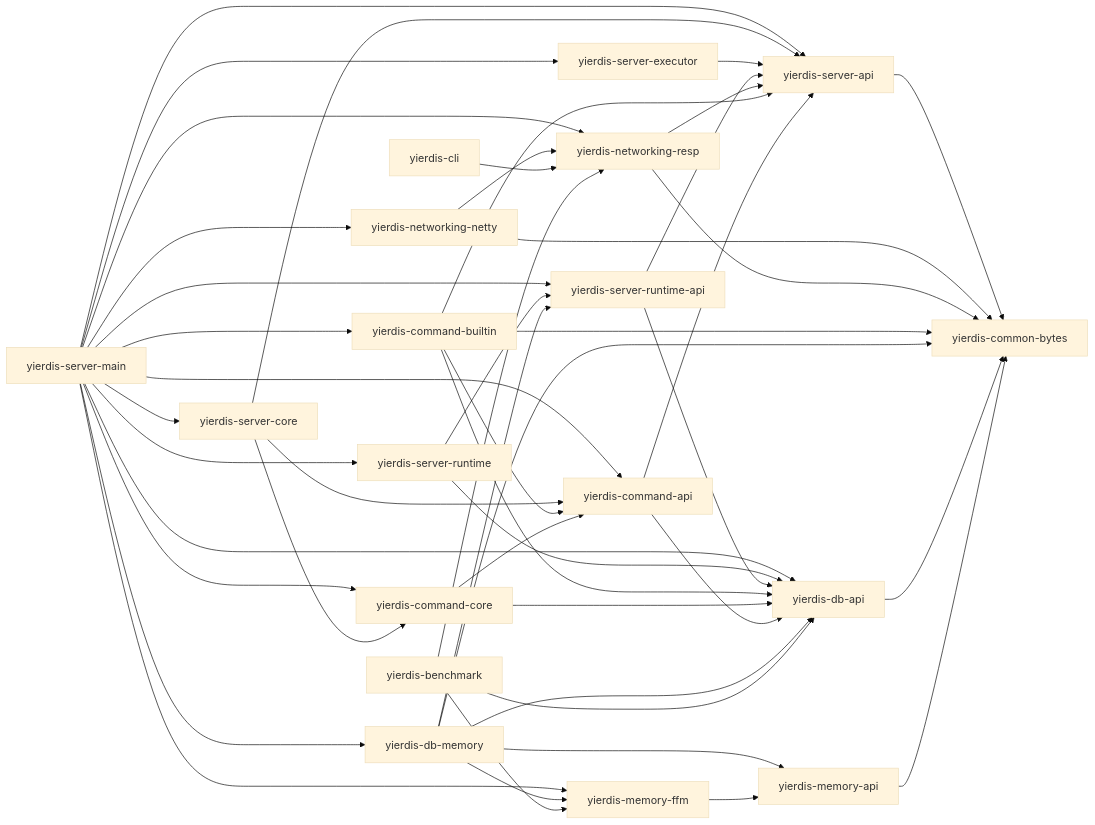
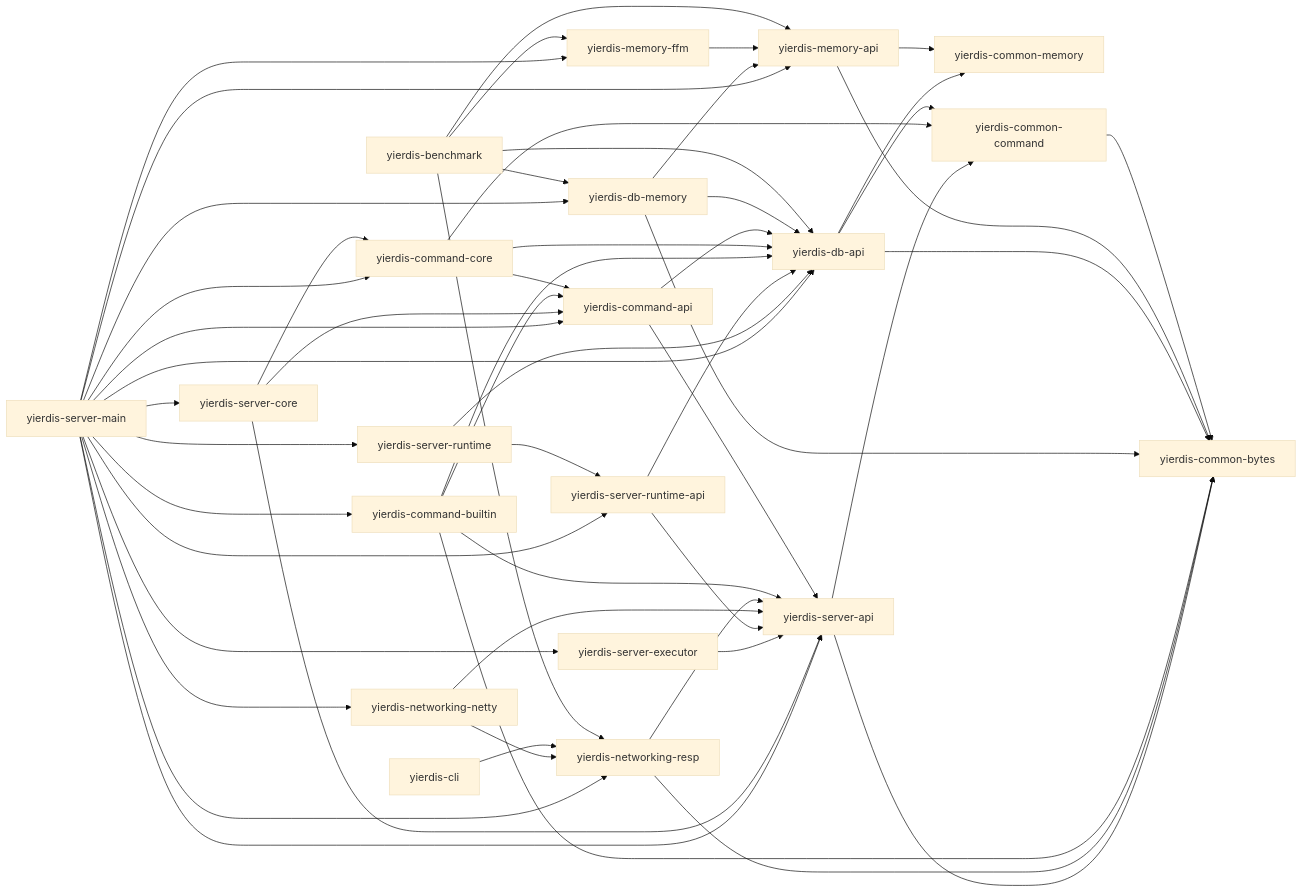
Before and after one commit to skt-shinyruo/Yierdis: the diagram in docs/project-docs/module-architecture.md, drawn with Mermaid (base theme). The commit also changed 5 other files, not shown here.

````diff
--- a/docs/project-docs/module-architecture.md
+++ b/docs/project-docs/module-architecture.md
@@ -24,6 +24,8 @@
   memoryFfm["yierdis-memory-ffm"]
   memoryApi["yierdis-memory-api"]
   commonBytes["yierdis-common-bytes"]
+  commonMemory["yierdis-common-memory"]
+  commonCommand["yierdis-common-command"]
   cli["yierdis-cli"]
   benchmark["yierdis-benchmark"]
 
@@ -40,20 +42,22 @@
   serverMain --> serverRuntimeApi
   serverMain --> serverExecutor
   serverMain --> memoryFfm
+  serverMain --> memoryApi
 
   serverCore --> serverApi
   serverCore --> commandApi
   serverCore --> commandCore
   serverExecutor --> serverApi
   serverApi --> commonBytes
+  serverApi --> commonCommand
 
   serverRuntime --> dbApi
   serverRuntime --> serverRuntimeApi
   serverRuntimeApi --> serverApi
   serverRuntimeApi --> dbApi
 
-  netty --> commonBytes
   netty --> resp
+  netty --> serverApi
   resp --> commonBytes
   resp --> serverApi
 
@@ -63,21 +67,26 @@
   commandBuiltin --> commonBytes
   commandCore --> commandApi
   commandCore --> dbApi
+  commandCore --> commonCommand
   commandApi --> serverApi
   commandApi --> dbApi
 
   dbMemory --> dbApi
-  dbMemory --> serverRuntimeApi
   dbMemory --> commonBytes
-  dbMemory --> memoryFfm
   dbMemory --> memoryApi
   dbApi --> commonBytes
+  dbApi --> commonMemory
+  dbApi --> commonCommand
 
   memoryFfm --> memoryApi
+  memoryApi --> commonMemory
   memoryApi --> commonBytes
+  commonCommand --> commonBytes
 
   cli --> resp
+  benchmark --> dbMemory
+  benchmark --> dbApi
+  benchmark --> memoryApi
+  benchmark --> memoryFfm
   benchmark --> resp
-  benchmark --> dbApi
-  benchmark --> memoryFfm
 ```
````
